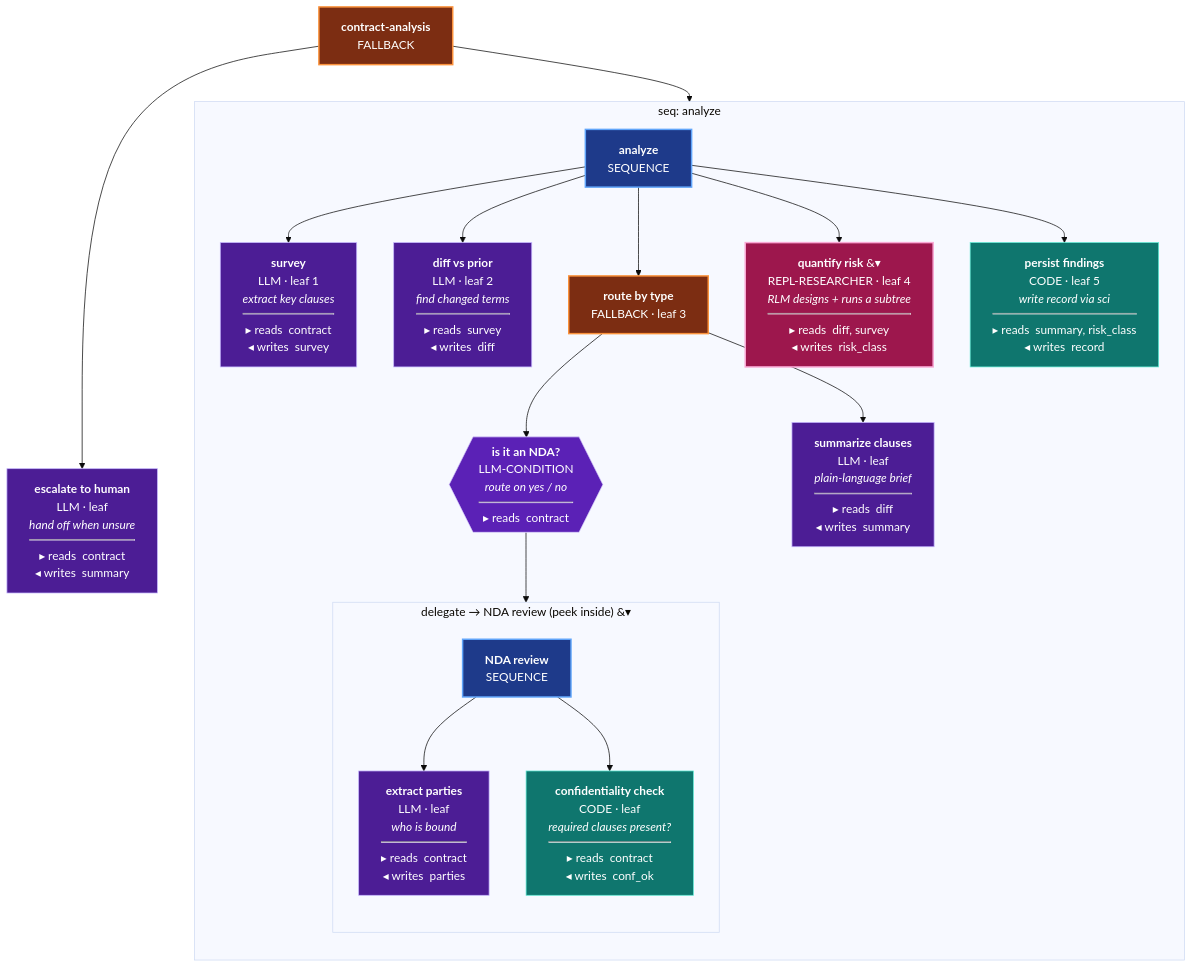
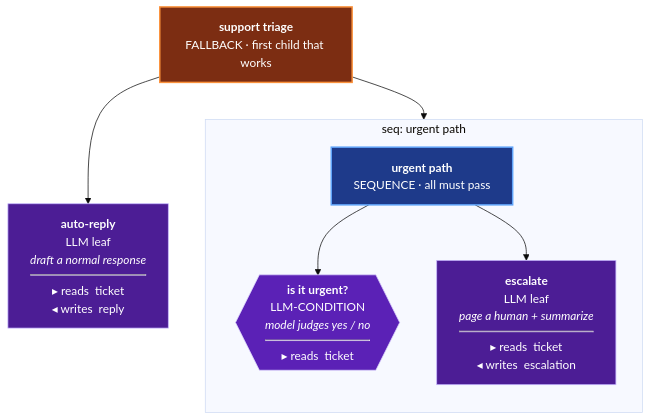
The second of 5 diagrams in README.md (davidwuchn/orc), drawn with Mermaid (base theme) before and after one commit. The commit also changed other lines of this file and 12 other files, not shown here.

````diff
--- a/README.md
+++ b/README.md
@@ -7,34 +28,16 @@
 ```mermaid
 flowchart TB
-  root["<b>contract-analysis</b><br/>FALLBACK"]:::fb
-  root --> main
-  root --> human["<b>escalate to human</b><br/>LLM · leaf<br/><i>hand off when unsure</i><hr/>▸ reads&nbsp;&nbsp;contract<br/>◂ writes&nbsp;&nbsp;summary"]:::llm
-
-  subgraph MAIN["seq: analyze"]
+  triage["<b>support triage</b><br/>FALLBACK · first child that works"]:::fb
+  triage --> urgent
+  triage --> auto["<b>auto-reply</b><br/>LLM leaf<br/><i>draft a normal response</i><hr/>▸ reads&nbsp;&nbsp;ticket<br/>◂ writes&nbsp;&nbsp;reply"]:::llm
+  subgraph URGENT["seq: urgent path"]
     direction TB
-    main["<b>analyze</b><br/>SEQUENCE"]:::seq
-    main --> survey["<b>survey</b><br/>LLM · leaf 1<br/><i>extract key clauses</i><hr/>▸ reads&nbsp;&nbsp;contract<br/>◂ writes&nbsp;&nbsp;survey"]:::llm
-    main --> diff["<b>diff vs prior</b><br/>LLM · leaf 2<br/><i>find changed terms</i><hr/>▸ reads&nbsp;&nbsp;survey<br/>◂ writes&nbsp;&nbsp;diff"]:::llm
-    main --> route["<b>route by type</b><br/>FALLBACK · leaf 3"]:::fb
-    main --> risk["<b>quantify risk</b> &#9662;<br/>REPL-RESEARCHER · leaf 4<br/><i>RLM designs + runs a subtree</i><hr/>▸ reads&nbsp;&nbsp;diff, survey<br/>◂ writes&nbsp;&nbsp;risk_class"]:::rlm
-    main --> persist["<b>persist findings</b><br/>CODE · leaf 5<br/><i>write record via sci</i><hr/>▸ reads&nbsp;&nbsp;summary, risk_class<br/>◂ writes&nbsp;&nbsp;record"]:::code
-
-    route --> isNDA{{"<b>is it an NDA?</b><br/>LLM-CONDITION<br/><i>route on yes / no</i><hr/>▸ reads&nbsp;&nbsp;contract"}}:::llmc
-    isNDA --> NDA
-    route --> summarize["<b>summarize clauses</b><br/>LLM · leaf<br/><i>plain-language brief</i><hr/>▸ reads&nbsp;&nbsp;diff<br/>◂ writes&nbsp;&nbsp;summary"]:::llm
-
-    subgraph NDA["delegate → NDA review&nbsp;(peek inside) &#9662;"]
-      direction TB
-      ndaRoot["<b>NDA review</b><br/>SEQUENCE"]:::seq
-      ndaRoot --> parties["<b>extract parties</b><br/>LLM · leaf<br/><i>who is bound</i><hr/>▸ reads&nbsp;&nbsp;contract<br/>◂ writes&nbsp;&nbsp;parties"]:::llm
-      ndaRoot --> conf["<b>confidentiality check</b><br/>CODE · leaf<br/><i>required clauses present?</i><hr/>▸ reads&nbsp;&nbsp;contract<br/>◂ writes&nbsp;&nbsp;conf_ok"]:::code
-    end
+    urgent["<b>urgent path</b><br/>SEQUENCE · all must pass"]:::seq
+    urgent --> isUrgent{{"<b>is it urgent?</b><br/>LLM-CONDITION<br/><i>model judges yes / no</i><hr/>▸ reads&nbsp;&nbsp;ticket"}}:::llmc
+    urgent --> esc["<b>escalate</b><br/>LLM leaf<br/><i>page a human + summarize</i><hr/>▸ reads&nbsp;&nbsp;ticket<br/>◂ writes&nbsp;&nbsp;escalation"]:::llm
   end
-
   classDef fb fill:#7c2d12,stroke:#fb923c,color:#fff,stroke-width:2px;
   classDef seq fill:#1e3a8a,stroke:#60a5fa,color:#fff,stroke-width:2px;
+  classDef llmc fill:#5b21b6,stroke:#ddd6fe,color:#fff;
   classDef llm fill:#4c1d95,stroke:#c4b5fd,color:#fff;
-  classDef llmc fill:#5b21b6,stroke:#ddd6fe,color:#fff;
-  classDef code fill:#0f766e,stroke:#5eead4,color:#fff;
-  classDef rlm fill:#9d174d,stroke:#f9a8d4,color:#fff,stroke-width:2px;
 ```
````
